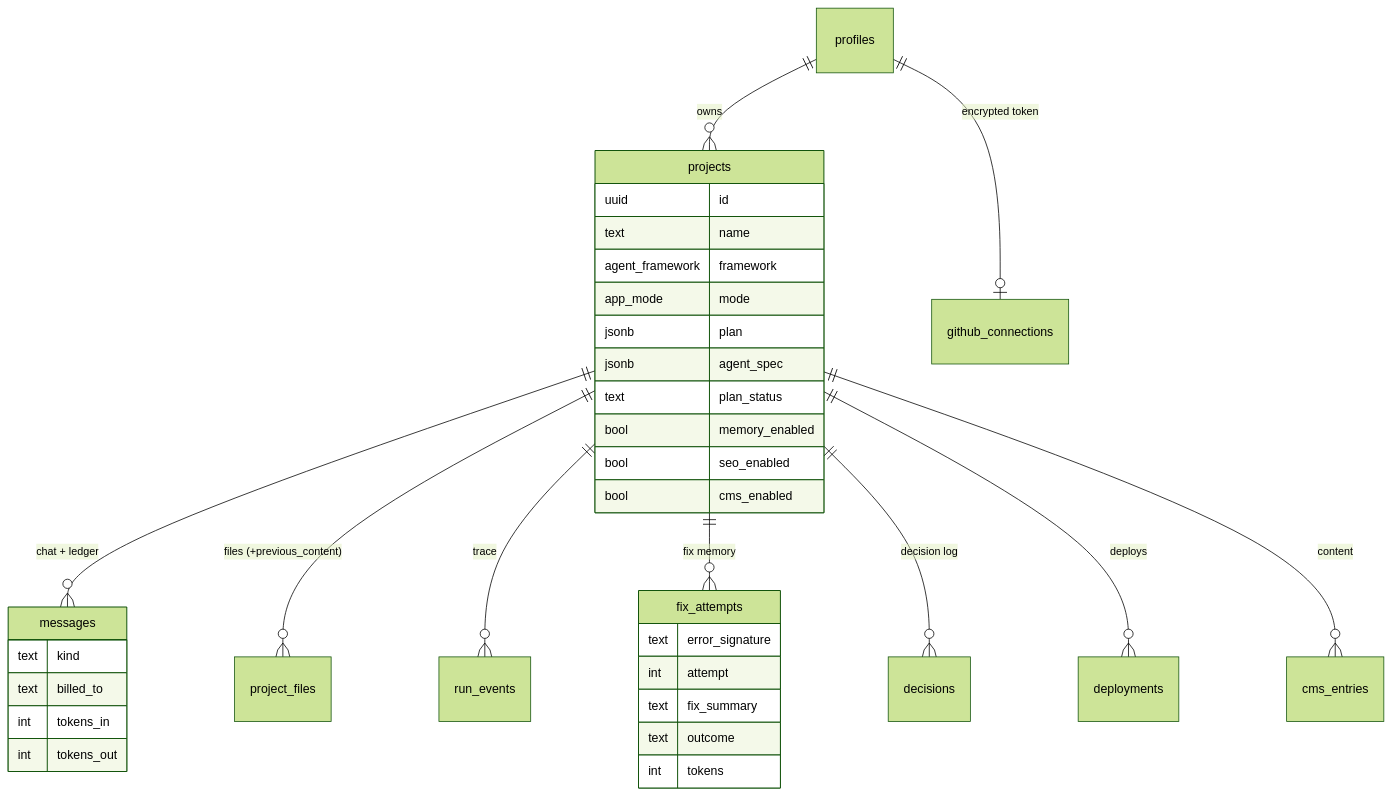
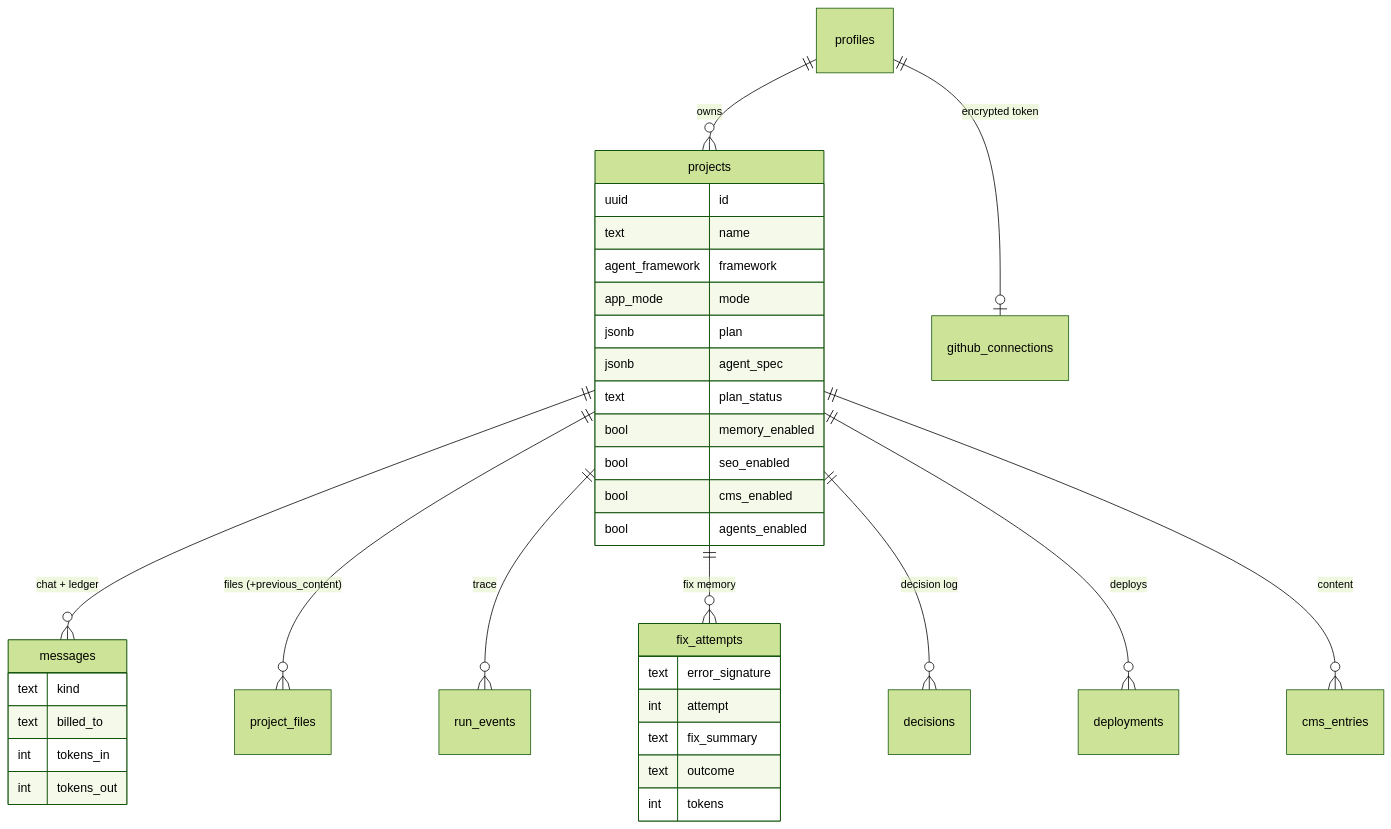
One commit to mannan-naidu/lyzr-architect-2 changed the fourth of 4 diagrams in ARCHITECTURE.md. Above: the diagram before and after it, drawn with Mermaid (forest theme). The commit also changed other lines of this file and 4 other files, not shown here.

First line of the commit message:
Final docs: comprehensive ARCHITECTURE.md and diagram; answers absorb the comments field

````diff
--- a/ARCHITECTURE.md
+++ b/ARCHITECTURE.md
@@ -677,37 +791,38 @@
 ```mermaid
 erDiagram
   profiles ||--o{ projects : owns
   projects ||--o{ messages : "chat + ledger"
   projects ||--o{ project_files : "files (+previous_content)"
   projects ||--o{ run_events : trace
   projects ||--o{ fix_attempts : "fix memory"
   projects ||--o{ decisions : "decision log"
   projects ||--o{ deployments : deploys
   projects ||--o{ cms_entries : content
   profiles ||--o| github_connections : "encrypted token"
   projects {
     uuid id
     text name
     agent_framework framework
     app_mode mode
     jsonb plan
     jsonb agent_spec
     text plan_status
     bool memory_enabled
     bool seo_enabled
     bool cms_enabled
+    bool agents_enabled
   }
   fix_attempts {
     text error_signature
     int attempt
     text fix_summary
     text outcome
     int tokens
   }
   messages {
     text kind
     text billed_to
     int tokens_in
     int tokens_out
   }
 ```
````
